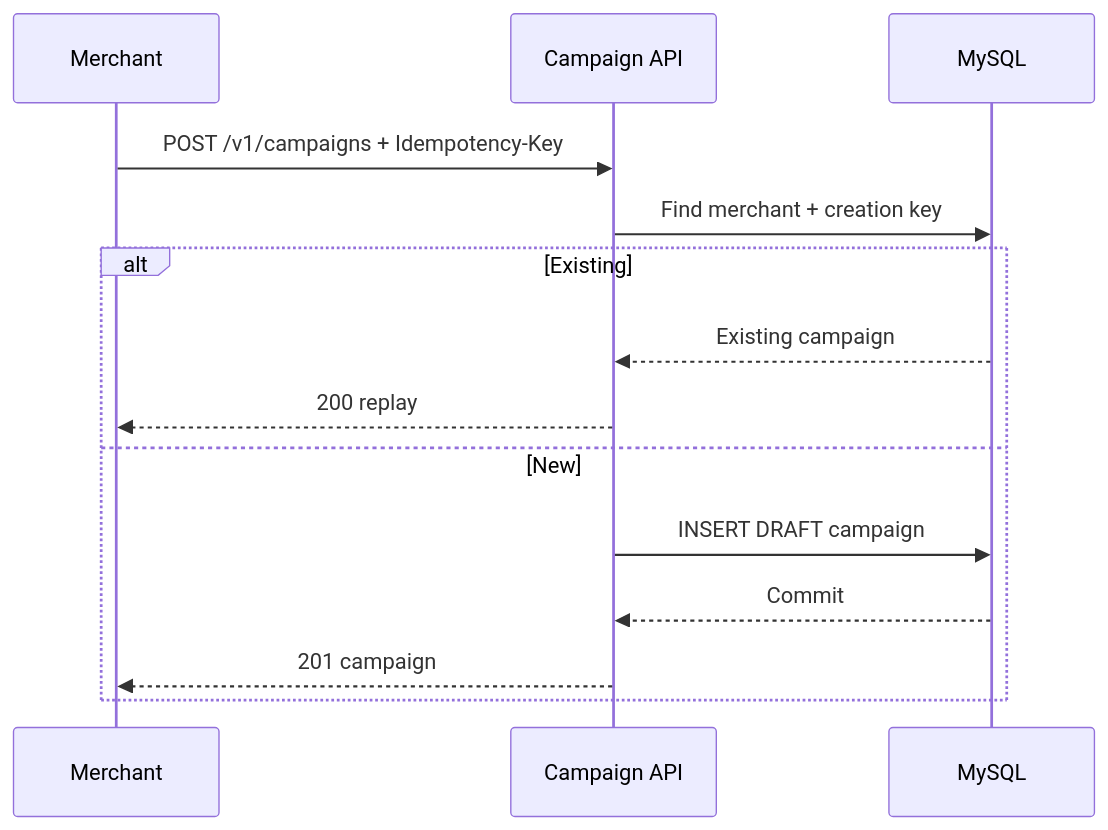
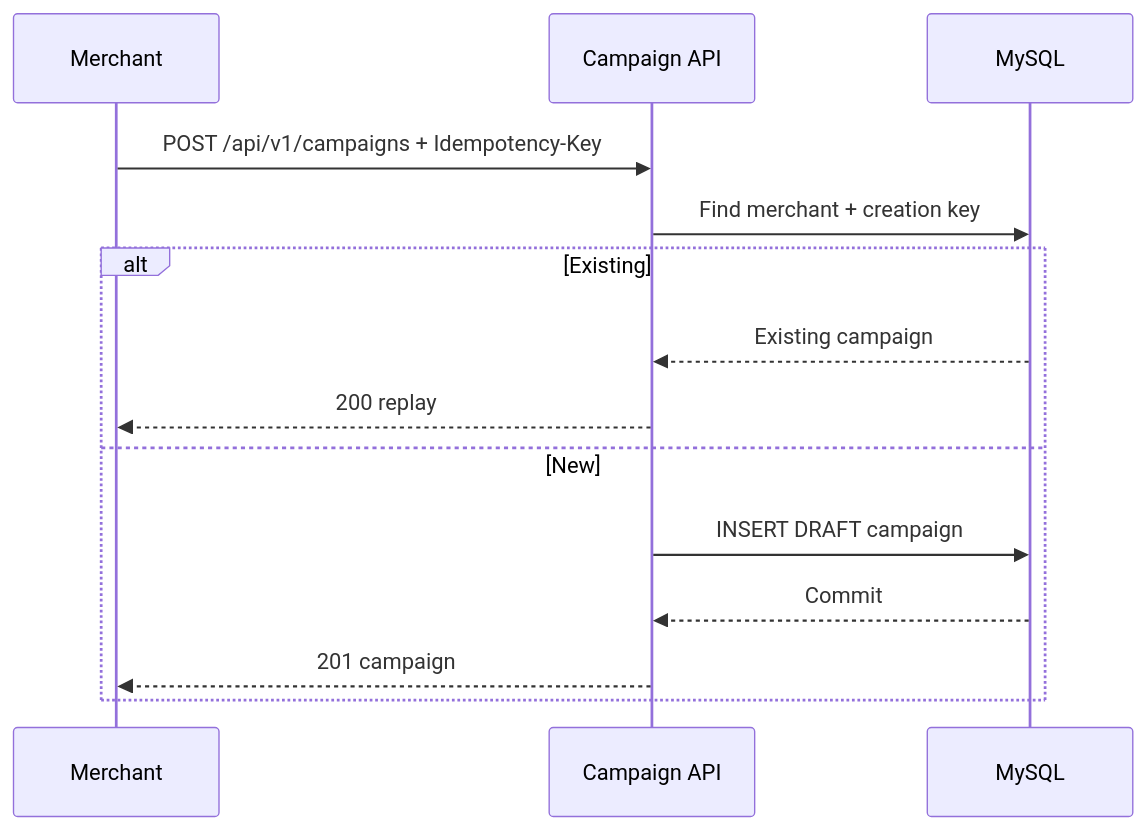
The seventh of 13 diagrams in SOLUTION.md (PhamDinhDuy-2508/Voucher-claim-system), drawn with Mermaid before and after one commit. The commit also changed other lines of this file and 11 other files, not shown here.

````diff
--- a/SOLUTION.md
+++ b/SOLUTION.md
@@ -367,17 +367,17 @@
 ```mermaid
 sequenceDiagram
     participant M as Merchant
     participant API as Campaign API
     participant DB as MySQL
 
-    M->>API: POST /v1/campaigns + Idempotency-Key
+    M->>API: POST /api/v1/campaigns + Idempotency-Key
     API->>DB: Find merchant + creation key
     alt Existing
         DB-->>API: Existing campaign
         API-->>M: 200 replay
     else New
         API->>DB: INSERT DRAFT campaign
         DB-->>API: Commit
         API-->>M: 201 campaign
     end
 ```
````
